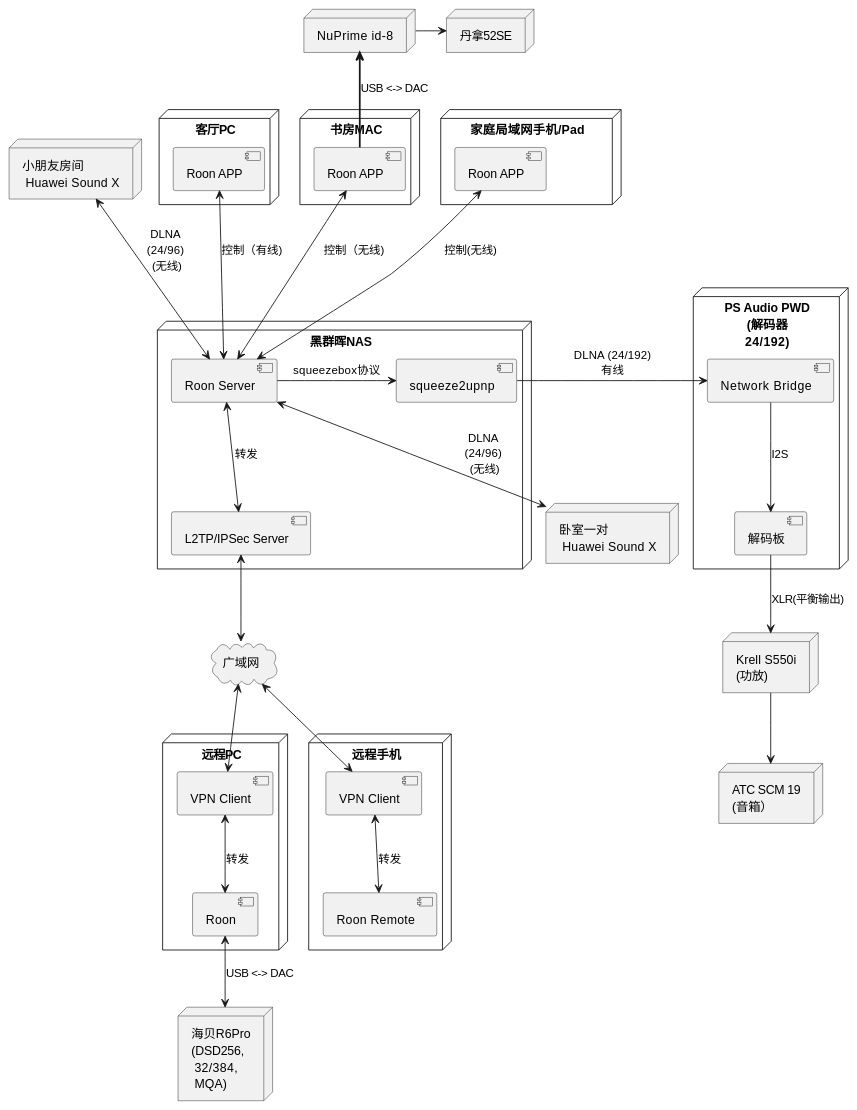
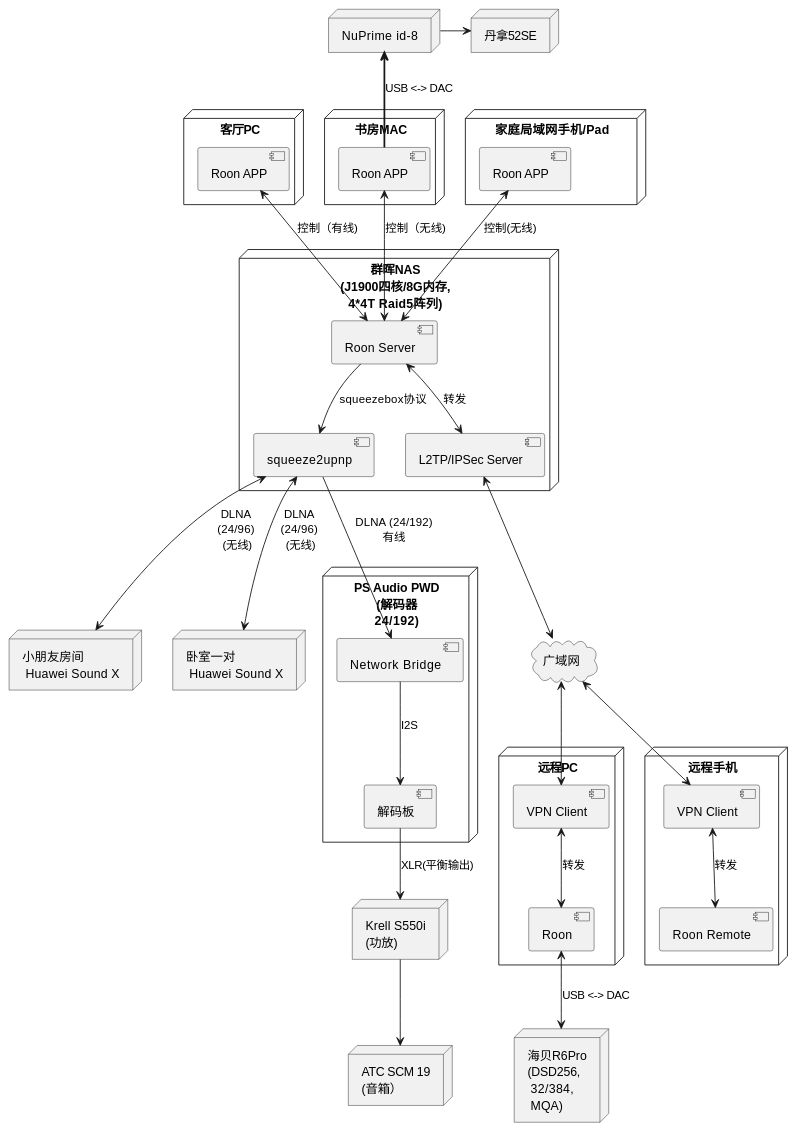
Before and after one commit to hjianhao/docs: the second of 3 diagrams in digital/Roon/experience.md, drawn with PlantUML. The commit also changed other lines of this file, not shown here.

````diff
--- a/digital/Roon/experience.md
+++ b/digital/Roon/experience.md
@@ -3,70 +75,70 @@
 ``` plantuml
 
 node "PS Audio PWD\n(解码器\n24/192)" as dac {
     component "Network Bridge" as bridge
     component "解码板" as bdac
     bridge --> bdac : I2S
 }
 
 node "Krell S550i\n(功放)" as amp
 bdac --> amp : XLR(平衡输出)
 
 node "ATC SCM 19\n(音箱）" as speaker
 amp --> speaker
 
-node "黑群晖NAS" as nas {
+node "群晖NAS\n(J1900四核/8G内存,\n4*4T Raid5阵列)" as nas {
     component "Roon Server" as roon
     component "squeeze2upnp" as s2u
-    roon -r-> s2u : squeezebox协议
-    s2u -> bridge : DLNA (24/192)\n有线
+    roon --> s2u : squeezebox协议
+    s2u --> bridge : DLNA (24/192)\n有线
     component "L2TP/IPSec Server" as svpn
     roon <--> svpn : 转发
 }
 
 node "客厅PC" as pc {
     component "Roon APP" as roon3
     roon3 <--> roon : 控制（有线)
 }
 
 node "书房MAC" as mac {
     component "Roon APP" as roon5
     roon5 <--> roon : 控制（无线)
 }
 
 node "NuPrime id-8" as dac1
 roon5 -u=> dac1 : USB <-> DAC
 node "丹拿52SE" as speaker1
 dac1 -> speaker1 
 
 node "家庭局域网手机/Pad" as phone {
     component "Roon APP" as roon4
     roon4 <--> roon : 控制(无线)
 }
 
 node "小朋友房间\n Huawei Sound X" as soundx
-roon <-u-> soundx : DLNA\n(24/96)\n (无线)
+s2u <--> soundx : DLNA\n(24/96)\n (无线)
 
 node "卧室一对\n Huawei Sound X" as soundx1
-roon <--> soundx1 : DLNA\n(24/96)\n (无线)
+s2u <--> soundx1 : DLNA\n(24/96)\n (无线)
 
 cloud "广域网" as wan
 svpn <--> wan
 
 node "远程PC" as rpc {
     component "VPN Client" as cvpn1
     cvpn1 <-u-> wan
     component "Roon" as roon1
     cvpn1 <--> roon1 : 转发
 }
 
 node "海贝R6Pro\n(DSD256,\n 32/384,\n MQA)" as hiby
 roon1 <--> hiby : USB <-> DAC
 
 node "远程手机" as rphone {
     component "VPN Client" as cvpn2
     cvpn2 <-u-> wan
     component "Roon Remote" as roon2
     cvpn2 <--> roon2 : 转发
 }
 
 ```
````
